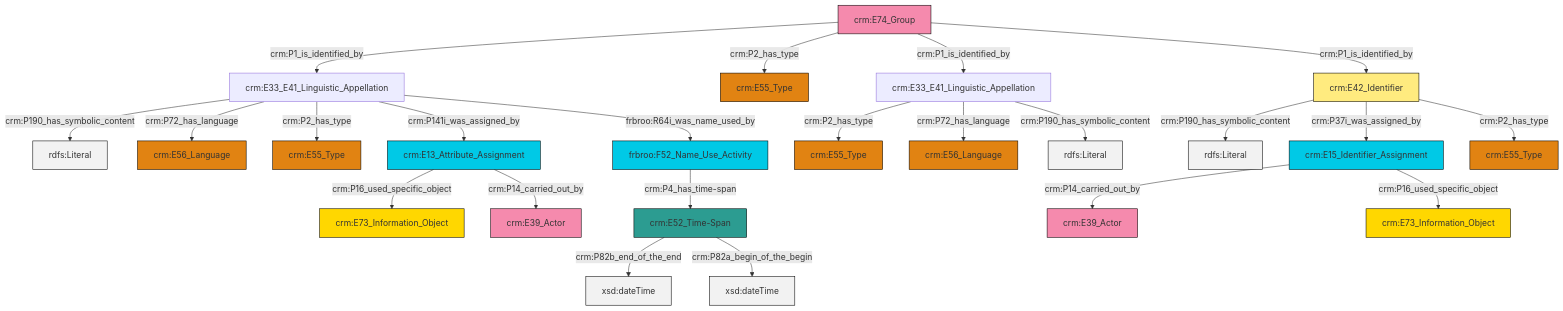
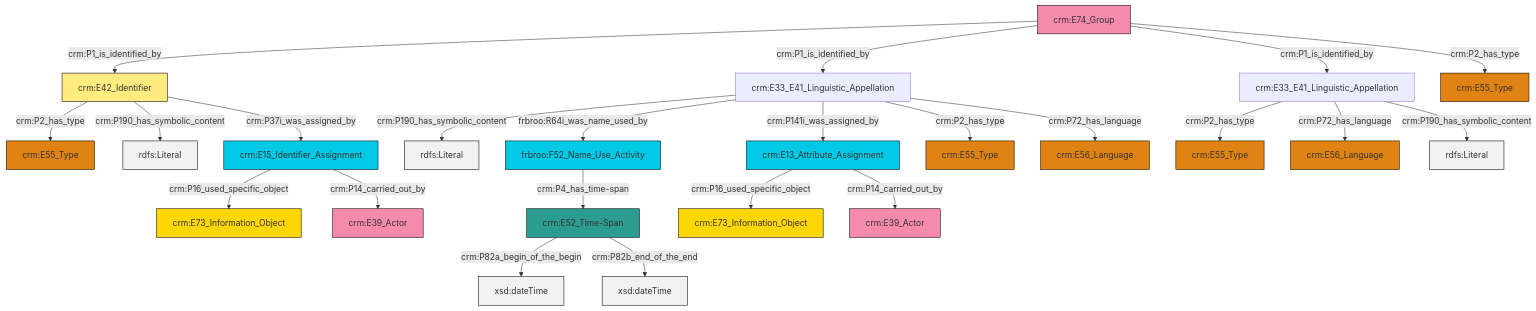
Before and after one commit to swiss-art-research-net/docs.swissartresearch: the diagram in et/groupCSV/ttl/mmd/group_name.ttl.mmd, drawn with Mermaid. The commit also changed 179 other files, not shown here.

```diff
--- a/et/groupCSV/ttl/mmd/group_name.ttl.mmd
+++ b/et/groupCSV/ttl/mmd/group_name.ttl.mmd
@@ -1,37 +1,37 @@
 graph TD
 classDef Literal fill:#f2f2f2,stroke:#000000;
 classDef CRM_Entity fill:#FFFFFF,stroke:#000000;
 classDef Temporal_Entity fill:#00C9E6, stroke:#000000;
 classDef Type fill:#E18312, stroke:#000000;
 classDef Time-Span fill:#2C9C91, stroke:#000000;
 classDef Appellation fill:#FFEB7F, stroke:#000000;
 classDef Place fill:#008836, stroke:#000000;
 classDef Persistent_Item fill:#B266B2, stroke:#000000;
 classDef Conceptual_Object fill:#FFD700, stroke:#000000;
 classDef Physical_Thing fill:#D2B48C, stroke:#000000;
 classDef Actor fill:#f58aad, stroke:#000000;
 classDef PC_Classes fill:#4ce600, stroke:#000000;
 classDef Multi fill:#cccccc,stroke:#000000;
 
-4["crm:E15_Identifier_Assignment"]:::Temporal_Entity -->|crm:P14_carried_out_by| 5["crm:E39_Actor"]:::Actor
-8["crm:E42_Identifier"]:::Appellation -->|crm:P190_has_symbolic_content| 9[rdfs:Literal]:::Literal
-12["crm:E74_Group"]:::Actor -->|crm:P1_is_identified_by| 13["crm:E33_E41_Linguistic_Appellation"]:::Default
-4["crm:E15_Identifier_Assignment"]:::Temporal_Entity -->|crm:P16_used_specific_object| 14["crm:E73_Information_Object"]:::Conceptual_Object
-12["crm:E74_Group"]:::Actor -->|crm:P2_has_type| 15["crm:E55_Type"]:::Type
-12["crm:E74_Group"]:::Actor -->|crm:P1_is_identified_by| 16["crm:E33_E41_Linguistic_Appellation"]:::Default
-13["crm:E33_E41_Linguistic_Appellation"]:::Default -->|crm:P190_has_symbolic_content| 17[rdfs:Literal]:::Literal
-19["crm:E13_Attribute_Assignment"]:::Temporal_Entity -->|crm:P16_used_specific_object| 20["crm:E73_Information_Object"]:::Conceptual_Object
-22["crm:E52_Time-Span"]:::Time-Span -->|crm:P82b_end_of_the_end| 23[xsd:dateTime]:::Literal
-19["crm:E13_Attribute_Assignment"]:::Temporal_Entity -->|crm:P14_carried_out_by| 0["crm:E39_Actor"]:::Actor
-8["crm:E42_Identifier"]:::Appellation -->|crm:P37i_was_assigned_by| 4["crm:E15_Identifier_Assignment"]:::Temporal_Entity
-22["crm:E52_Time-Span"]:::Time-Span -->|crm:P82a_begin_of_the_begin| 27[xsd:dateTime]:::Literal
-13["crm:E33_E41_Linguistic_Appellation"]:::Default -->|crm:P72_has_language| 6["crm:E56_Language"]:::Type
-13["crm:E33_E41_Linguistic_Appellation"]:::Default -->|crm:P2_has_type| 2["crm:E55_Type"]:::Type
-13["crm:E33_E41_Linguistic_Appellation"]:::Default -->|crm:P141i_was_assigned_by| 19["crm:E13_Attribute_Assignment"]:::Temporal_Entity
-16["crm:E33_E41_Linguistic_Appellation"]:::Default -->|crm:P2_has_type| 32["crm:E55_Type"]:::Type
-16["crm:E33_E41_Linguistic_Appellation"]:::Default -->|crm:P72_has_language| 34["crm:E56_Language"]:::Type
-8["crm:E42_Identifier"]:::Appellation -->|crm:P2_has_type| 29["crm:E55_Type"]:::Type
-12["crm:E74_Group"]:::Actor -->|crm:P1_is_identified_by| 8["crm:E42_Identifier"]:::Appellation
-13["crm:E33_E41_Linguistic_Appellation"]:::Default -->|frbroo:R64i_was_name_used_by| 10["frbroo:F52_Name_Use_Activity"]:::Temporal_Entity
-16["crm:E33_E41_Linguistic_Appellation"]:::Default -->|crm:P190_has_symbolic_content| 41[rdfs:Literal]:::Literal
-10["frbroo:F52_Name_Use_Activity"]:::Temporal_Entity -->|crm:P4_has_time-span| 22["crm:E52_Time-Span"]:::Time-Span
+0["crm:E74_Group"]:::Actor -->|crm:P1_is_identified_by| 1["crm:E42_Identifier"]:::Appellation
+4["crm:E33_E41_Linguistic_Appellation"]:::Default -->|crm:P2_has_type| 2["crm:E55_Type"]:::Type
+5["crm:E33_E41_Linguistic_Appellation"]:::Default -->|crm:P190_has_symbolic_content| 6[rdfs:Literal]:::Literal
+0["crm:E74_Group"]:::Actor -->|crm:P1_is_identified_by| 5["crm:E33_E41_Linguistic_Appellation"]:::Default
+1["crm:E42_Identifier"]:::Appellation -->|crm:P2_has_type| 9["crm:E55_Type"]:::Type
+4["crm:E33_E41_Linguistic_Appellation"]:::Default -->|crm:P72_has_language| 10["crm:E56_Language"]:::Type
+7["frbroo:F52_Name_Use_Activity"]:::Temporal_Entity -->|crm:P4_has_time-span| 17["crm:E52_Time-Span"]:::Time-Span
+17["crm:E52_Time-Span"]:::Time-Span -->|crm:P82a_begin_of_the_begin| 18[xsd:dateTime]:::Literal
+17["crm:E52_Time-Span"]:::Time-Span -->|crm:P82b_end_of_the_end| 21[xsd:dateTime]:::Literal
+1["crm:E42_Identifier"]:::Appellation -->|crm:P190_has_symbolic_content| 22[rdfs:Literal]:::Literal
+5["crm:E33_E41_Linguistic_Appellation"]:::Default -->|frbroo:R64i_was_name_used_by| 7["frbroo:F52_Name_Use_Activity"]:::Temporal_Entity
+27["crm:E15_Identifier_Assignment"]:::Temporal_Entity -->|crm:P16_used_specific_object| 19["crm:E73_Information_Object"]:::Conceptual_Object
+27["crm:E15_Identifier_Assignment"]:::Temporal_Entity -->|crm:P14_carried_out_by| 25["crm:E39_Actor"]:::Actor
+4["crm:E33_E41_Linguistic_Appellation"]:::Default -->|crm:P190_has_symbolic_content| 29[rdfs:Literal]:::Literal
+31["crm:E13_Attribute_Assignment"]:::Temporal_Entity -->|crm:P16_used_specific_object| 13["crm:E73_Information_Object"]:::Conceptual_Object
+1["crm:E42_Identifier"]:::Appellation -->|crm:P37i_was_assigned_by| 27["crm:E15_Identifier_Assignment"]:::Temporal_Entity
+5["crm:E33_E41_Linguistic_Appellation"]:::Default -->|crm:P141i_was_assigned_by| 31["crm:E13_Attribute_Assignment"]:::Temporal_Entity
+5["crm:E33_E41_Linguistic_Appellation"]:::Default -->|crm:P2_has_type| 23["crm:E55_Type"]:::Type
+0["crm:E74_Group"]:::Actor -->|crm:P1_is_identified_by| 4["crm:E33_E41_Linguistic_Appellation"]:::Default
+5["crm:E33_E41_Linguistic_Appellation"]:::Default -->|crm:P72_has_language| 37["crm:E56_Language"]:::Type
+31["crm:E13_Attribute_Assignment"]:::Temporal_Entity -->|crm:P14_carried_out_by| 39["crm:E39_Actor"]:::Actor
+0["crm:E74_Group"]:::Actor -->|crm:P2_has_type| 15["crm:E55_Type"]:::Type
```
